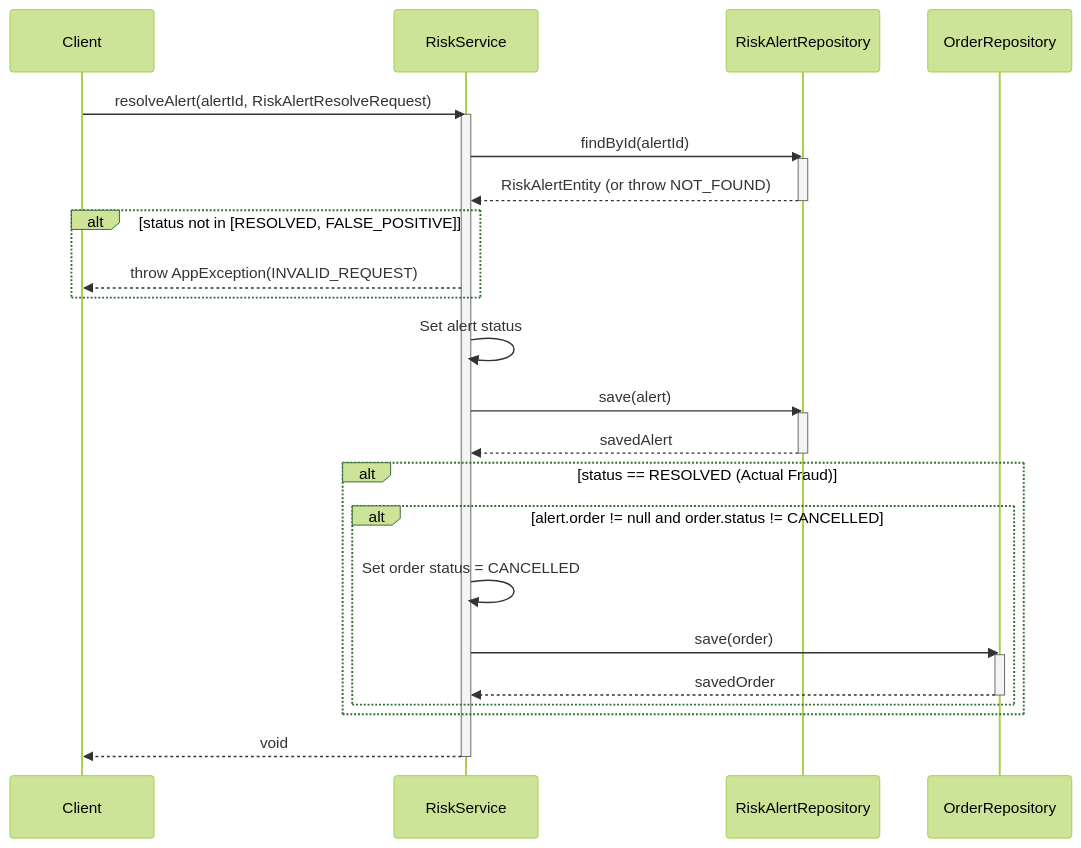
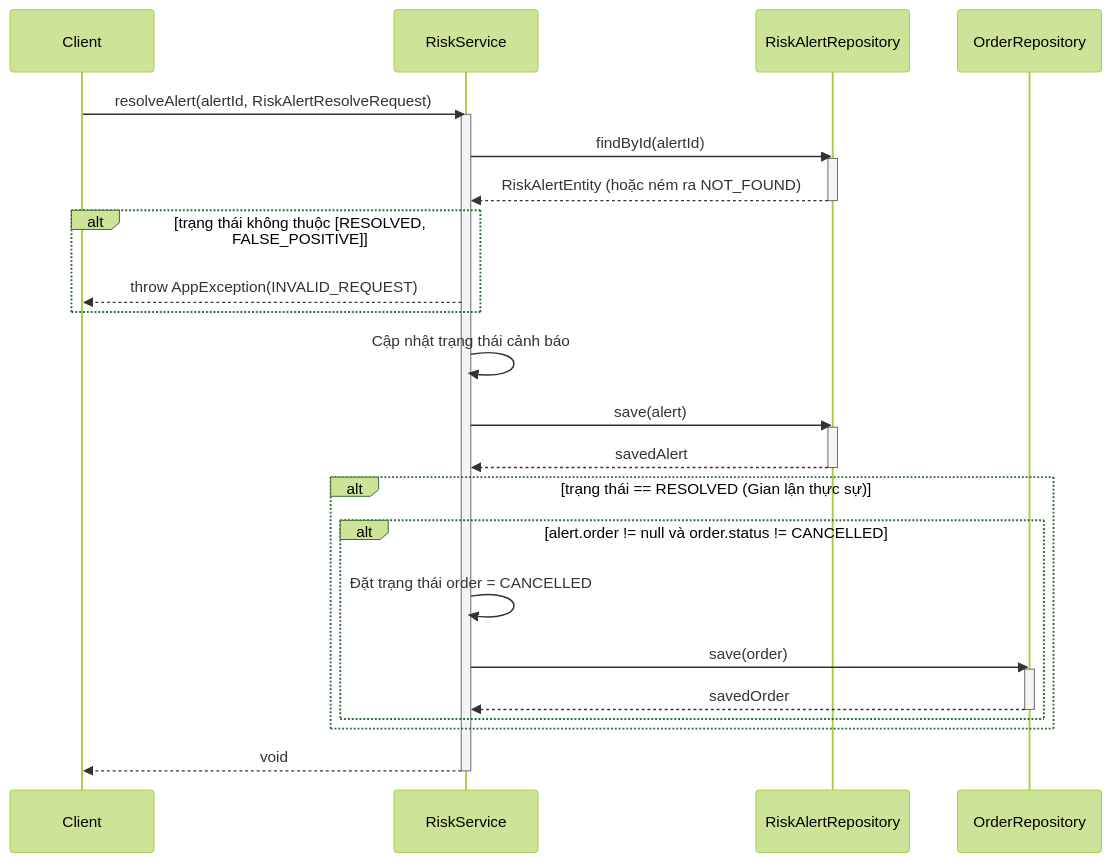
Before and after one commit to aquoc09/easymall: the second of 3 diagrams in .agent/sequence/risk_alert_service_sequence_diagrams.md, drawn with Mermaid (forest theme). The commit also changed other lines of this file and 18 other files, not shown here.

Commit message:
UPDATE: Sequence diagram vietnamese

````diff
--- a/.agent/sequence/risk_alert_service_sequence_diagrams.md
+++ b/.agent/sequence/risk_alert_service_sequence_diagrams.md
@@ -40,39 +40,39 @@
 ```mermaid
 sequenceDiagram
     participant Client
     participant RiskService
     participant RiskAlertRepository
     participant OrderRepository
 
     Client->>RiskService: resolveAlert(alertId, RiskAlertResolveRequest)
     activate RiskService
 
     RiskService->>RiskAlertRepository: findById(alertId)
     activate RiskAlertRepository
-    RiskAlertRepository-->>RiskService: RiskAlertEntity (or throw NOT_FOUND)
+    RiskAlertRepository-->>RiskService: RiskAlertEntity (hoặc ném ra NOT_FOUND)
     deactivate RiskAlertRepository
 
-    alt status not in [RESOLVED, FALSE_POSITIVE]
+    alt trạng thái không thuộc [RESOLVED, FALSE_POSITIVE]
         RiskService-->>Client: throw AppException(INVALID_REQUEST)
     end
 
-    RiskService->>RiskService: Set alert status
+    RiskService->>RiskService: Cập nhật trạng thái cảnh báo
     
     RiskService->>RiskAlertRepository: save(alert)
     activate RiskAlertRepository
     RiskAlertRepository-->>RiskService: savedAlert
     deactivate RiskAlertRepository
 
-    alt status == RESOLVED (Actual Fraud)
-        alt alert.order != null and order.status != CANCELLED
-            RiskService->>RiskService: Set order status = CANCELLED
+    alt trạng thái == RESOLVED (Gian lận thực sự)
+        alt alert.order != null và order.status != CANCELLED
+            RiskService->>RiskService: Đặt trạng thái order = CANCELLED
             RiskService->>OrderRepository: save(order)
             activate OrderRepository
             OrderRepository-->>RiskService: savedOrder
             deactivate OrderRepository
         end
     end
 
     RiskService-->>Client: void
     deactivate RiskService
 ```
````
